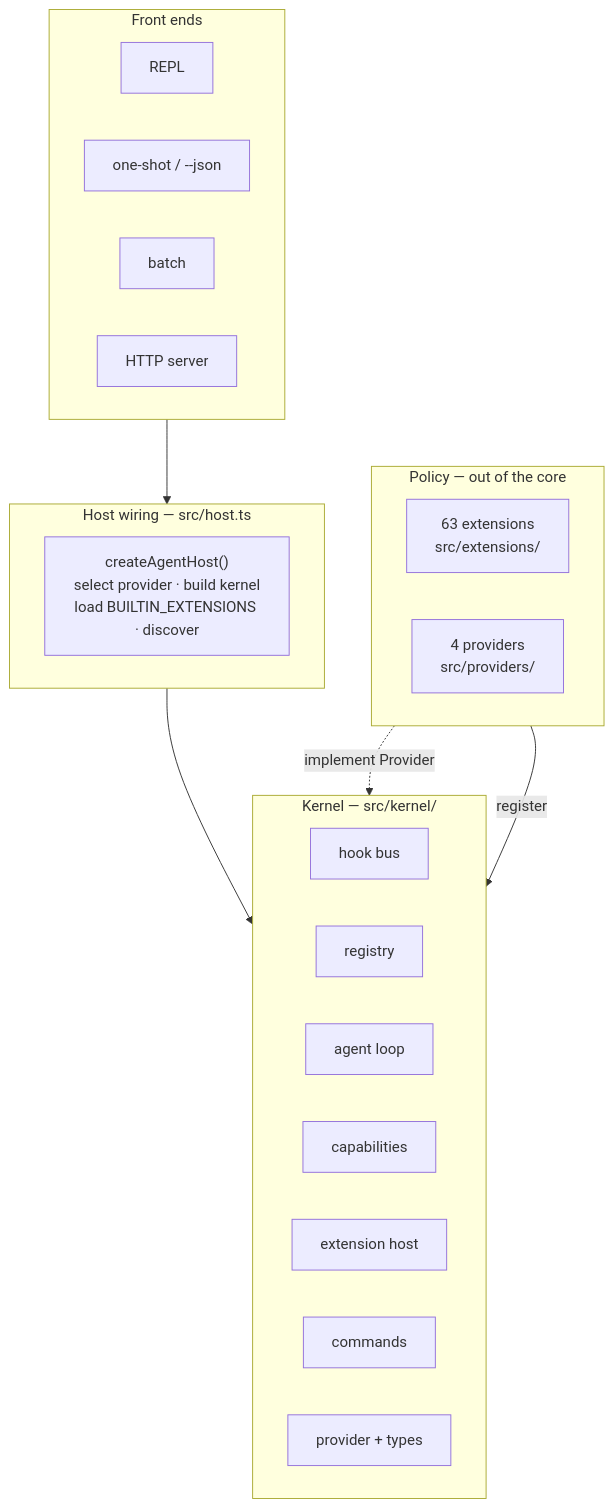
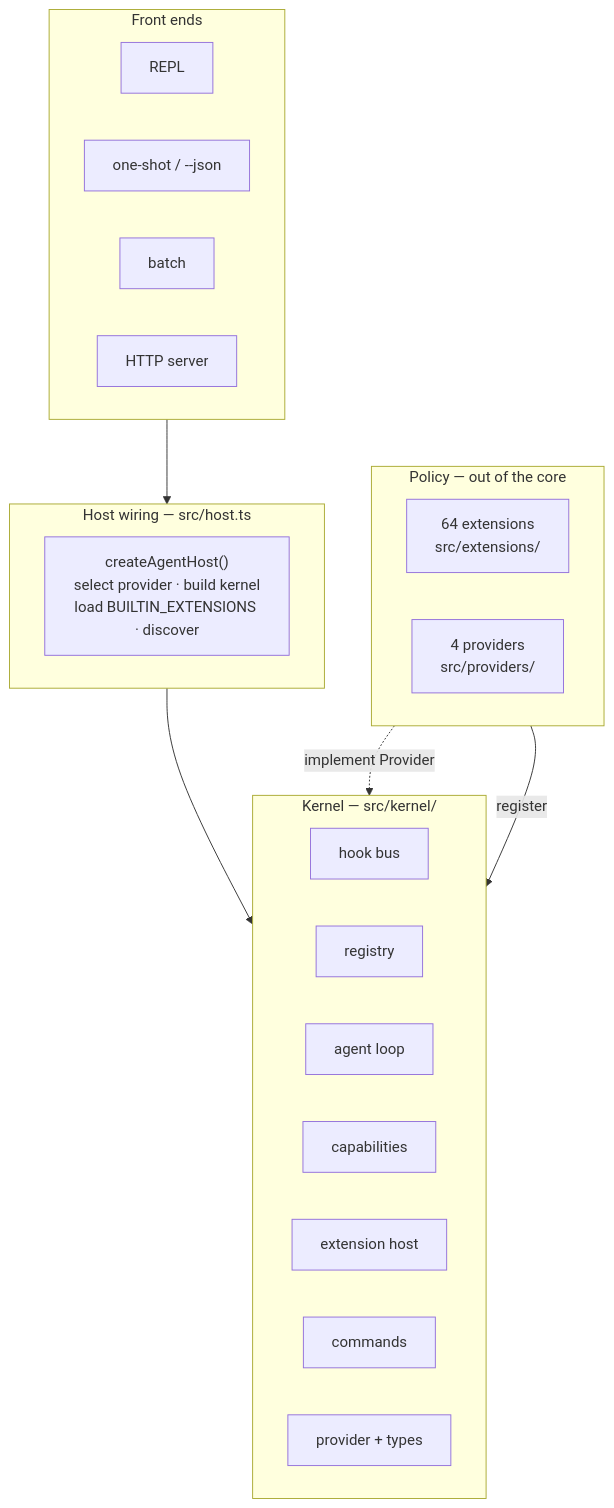
Before and after one commit to caohaotiantian/EAgent: the first of 10 diagrams in ARCHITECTURE.md, drawn with Mermaid. The commit also changed other lines of this file and 5 other files, not shown here.

````diff
--- a/ARCHITECTURE.md
+++ b/ARCHITECTURE.md
@@ -27,32 +27,32 @@
 ```mermaid
 flowchart TB
     subgraph L4["Front ends"]
         direction LR
         REPL["REPL"]
         ONE["one-shot / --json"]
         BATCH["batch"]
         HTTP["HTTP server"]
     end
     subgraph L3["Host wiring — src/host.ts"]
         HOST["createAgentHost()<br/>select provider · build kernel<br/>load BUILTIN_EXTENSIONS · discover"]
     end
     subgraph L2["Kernel — src/kernel/"]
         direction LR
         HOOKS["hook bus"]
         REG["registry"]
         LOOP["agent loop"]
         CAPS["capabilities"]
         EXT["extension host"]
         CMD["commands"]
         TYPES["provider + types"]
     end
     subgraph L1["Policy — out of the core"]
         direction LR
-        EXTS["63 extensions<br/>src/extensions/"]
+        EXTS["64 extensions<br/>src/extensions/"]
         PROVS["4 providers<br/>src/providers/"]
     end
 
     L4 --> L3 --> L2
     EXTS -->|register| L2
     PROVS -.->|implement Provider| TYPES
 ```
````
